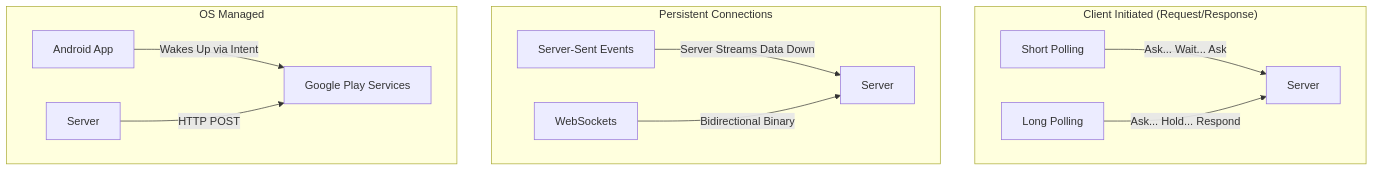
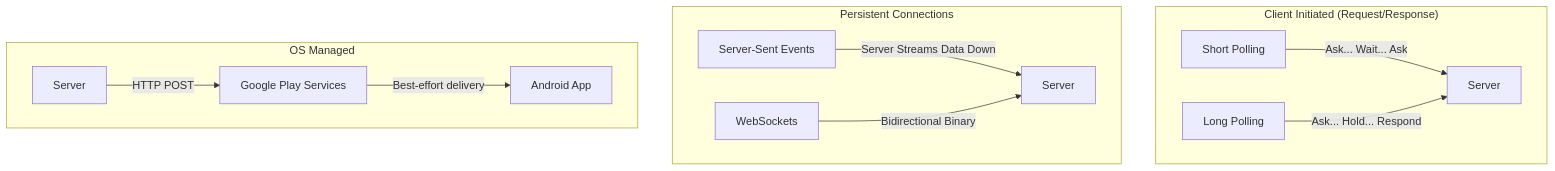
Before and after one commit to swarnsingh/android-staff-engineer-playbook-website: the diagram in backend-for-mobile/push-vs-poll-vs-sse-vs-websockets.md, drawn with Mermaid. The commit also changed other lines of this file and 11 other files, not shown here.

````diff
--- a/backend-for-mobile/push-vs-poll-vs-sse-vs-websockets.md
+++ b/backend-for-mobile/push-vs-poll-vs-sse-vs-websockets.md
@@ -51,17 +51,17 @@
 ```mermaid
 graph TD
     subgraph "Client Initiated (Request/Response)"
         Poll[Short Polling] -->|Ask... Wait... Ask| S1[Server]
         LongPoll[Long Polling] -->|Ask... Hold... Respond| S1
     end
     
     subgraph "Persistent Connections"
         SSE[Server-Sent Events] -- "Server Streams Data Down" --> S2[Server]
         WS[WebSockets] -- "Bidirectional Binary" --> S2
     end
     
     subgraph "OS Managed"
-        App[Android App] -- "Wakes Up via Intent" --> FCM[Google Play Services]
+        FCM[Google Play Services] -- "Best-effort delivery" --> App[Android App]
         S3[Server] -->|HTTP POST| FCM
     end
 ```
````
